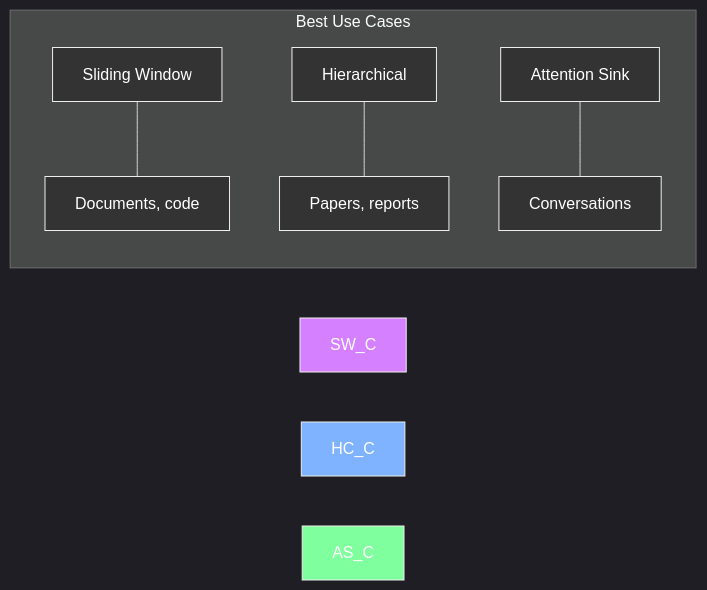
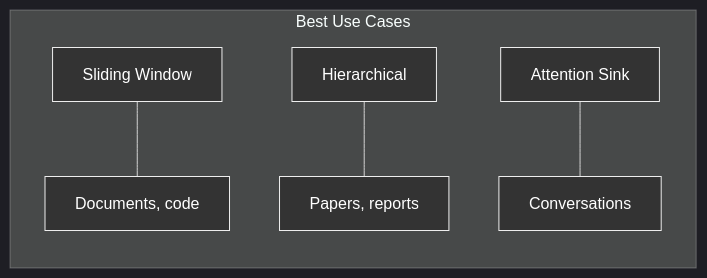
The second of 2 diagrams in README.md (mbhatt1/ContextWormhole), drawn with Mermaid before and after one commit.

Commit message:
Add diagram

````diff
--- a/README.md
+++ b/README.md
@@ -248,16 +248,13 @@
 ```mermaid
 %%{init: {'theme': 'dark'}}%%
 graph LR
     
     subgraph "Best Use Cases"
         SW_U[Sliding Window] --- SW_UC[Documents, code]
         HC_U[Hierarchical] --- HC_UC[Papers, reports]
         AS_U[Attention Sink] --- AS_UC[Conversations]
     end
     
-    style SW_C fill:#d580ff,stroke:#eee,stroke-width:1px
-    style HC_C fill:#80b3ff,stroke:#eee,stroke-width:1px
-    style AS_C fill:#80ff9e,stroke:#eee,stroke-width:1px
     
     classDef default fill:#333,stroke:#eee,color:#fff,stroke-width:1px
 ```
````
